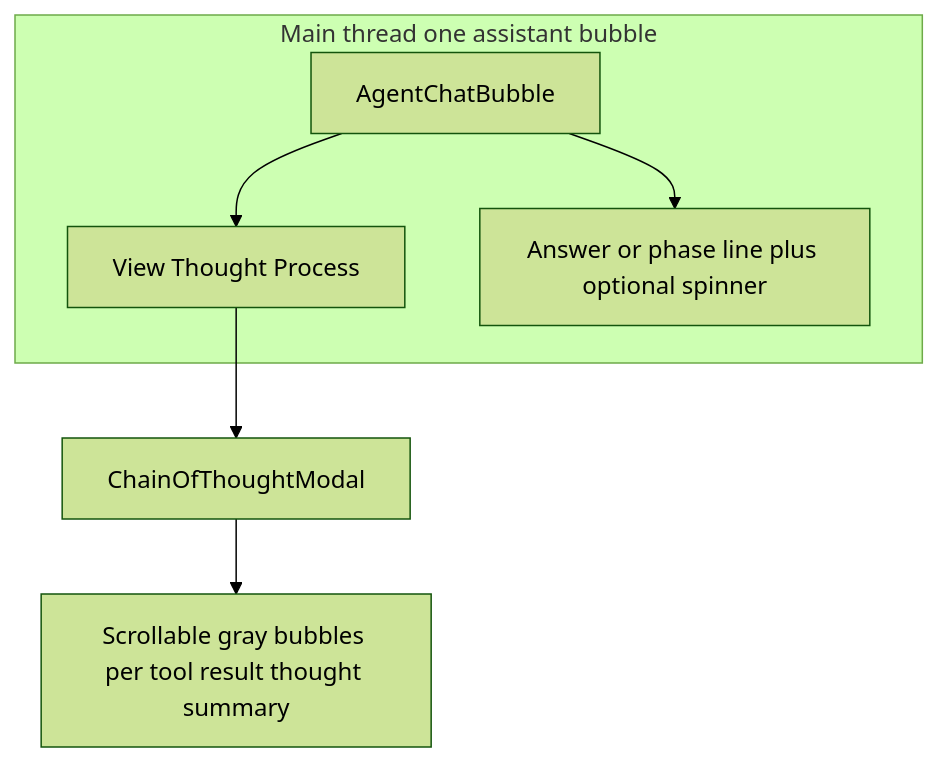
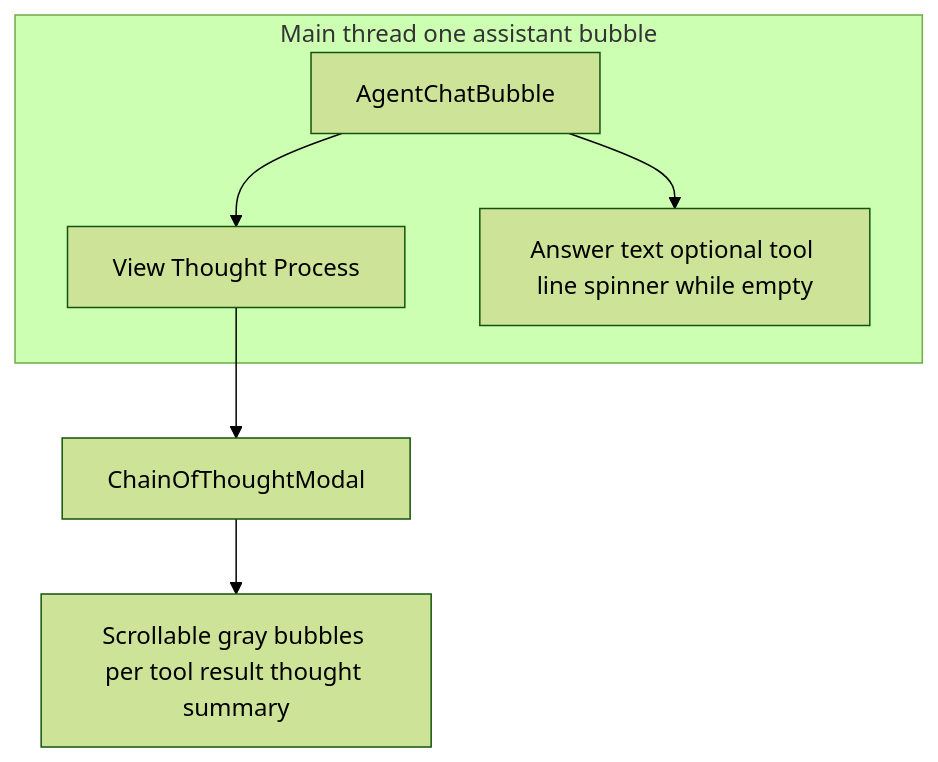
One commit to daledesilva/openclaw-ui changed the second of 2 diagrams in docs/chain-of-thought.md. Above: the diagram before and after it, drawn with Mermaid (forest theme). The commit also changed other lines of this file and 32 other files, not shown here.

````diff
--- a/docs/chain-of-thought.md
+++ b/docs/chain-of-thought.md
@@ -37,12 +37,12 @@
 ```mermaid
 flowchart TB
   subgraph thread [Main thread one assistant bubble]
     Bubble[AgentChatBubble]
     Header[View Thought Process]
-    Body[Answer or phase line plus optional spinner]
+    Body[Answer text optional tool line spinner while empty]
     Bubble --> Header
     Bubble --> Body
   end
   Header --> Modal[ChainOfThoughtModal]
   Modal --> Bubbles[Scrollable gray bubbles per tool result thought summary]
 ```
````
